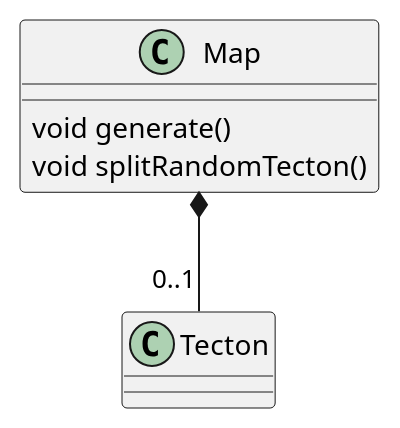
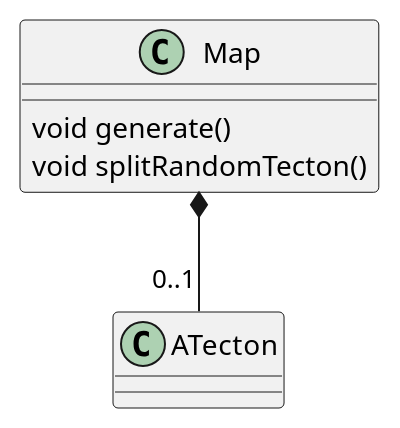
Before and after one commit to Petya-G/fungorium: the diagram in 3/classes/map.puml, drawn with PlantUML. The commit also changed 7 other files, not shown here.

```diff
--- a/3/classes/map.puml
+++ b/3/classes/map.puml
@@ -1,7 +1,7 @@
 @startuml map
-Map *-- "0..1" Tecton
+Map *-- "0..1" ATecton
 class Map{
     void generate()
     void splitRandomTecton()
 }
 @enduml
```
